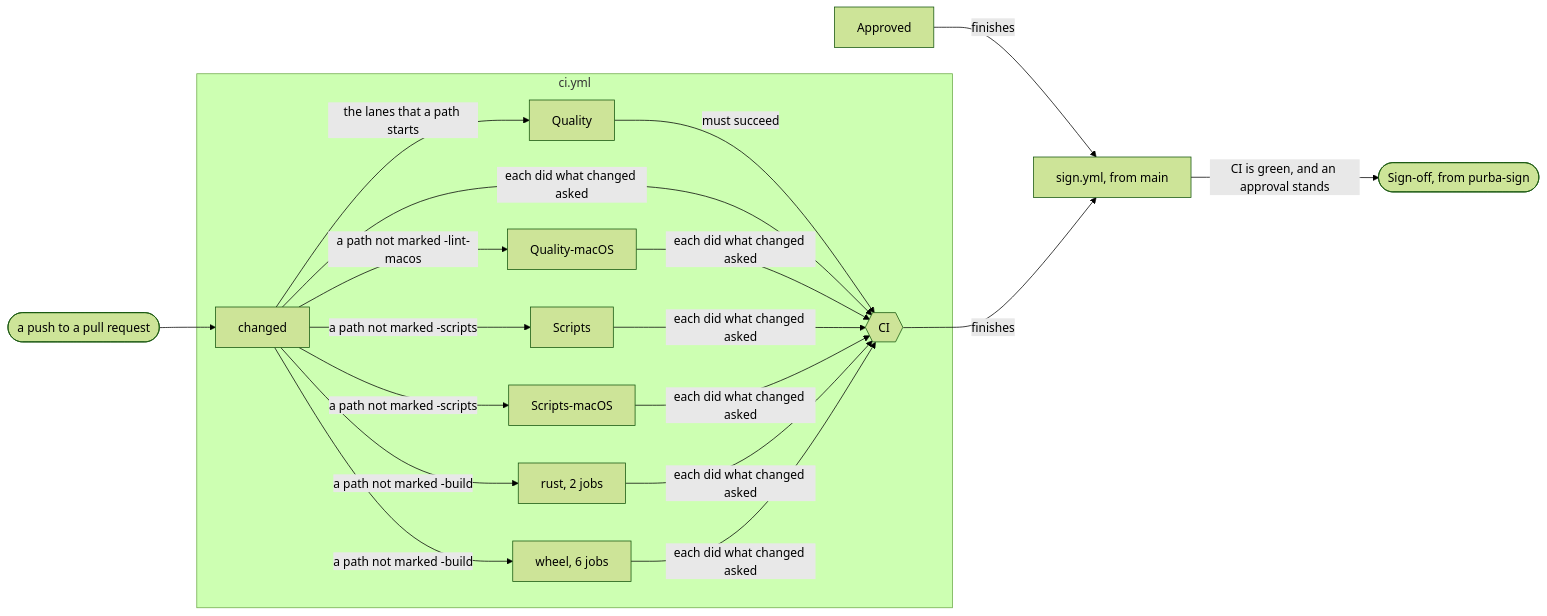
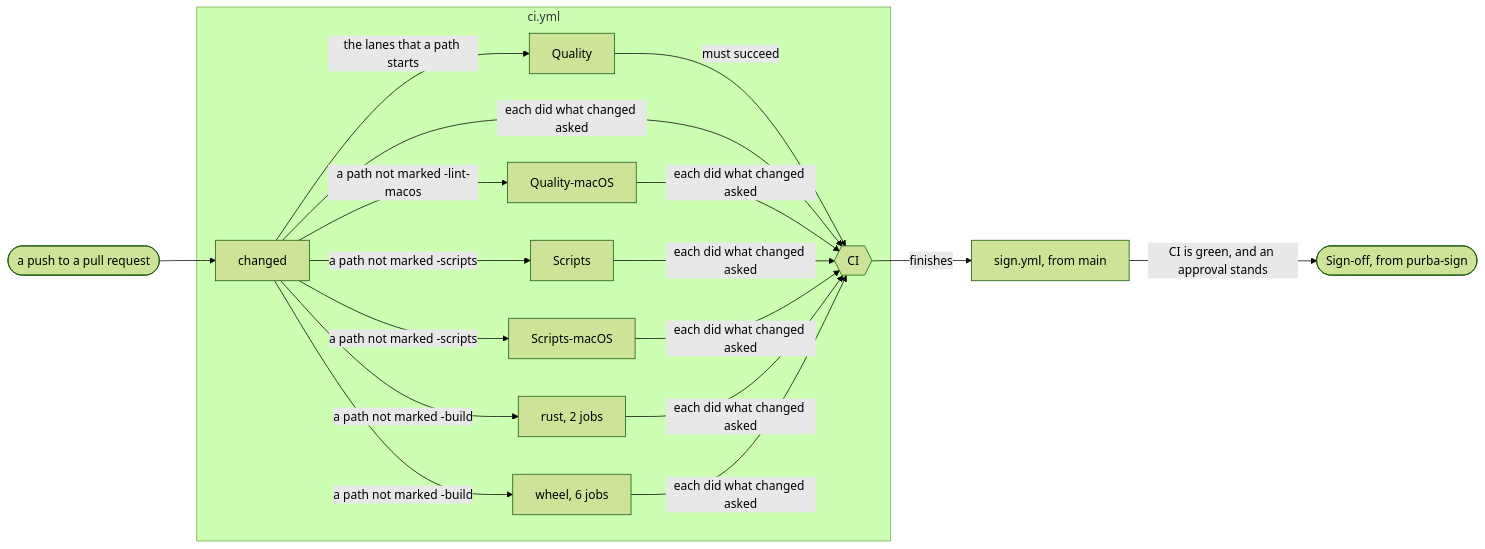
One commit to kalonji-tools/purba changed the diagram in docs/decisions/one-workflow-runs-every-gate-of-a-pull-request.md. Above: the diagram before and after it, drawn with Mermaid (forest theme). The commit also changed other lines of this file and 5 other files, not shown here.

Commit message:
ci: remove the workflow Approved, so only CI starts the sign job (#947)

````diff
--- a/docs/decisions/one-workflow-runs-every-gate-of-a-pull-request.md
+++ b/docs/decisions/one-workflow-runs-every-gate-of-a-pull-request.md
@@ -45,24 +45,23 @@
 ```mermaid
 flowchart LR
   push([a push to a pull request])
   subgraph ciyml["ci.yml"]
     q[Quality]
     qm[Quality-macOS]
     s[Scripts]
     sm[Scripts-macOS]
     ch[changed]
     r["rust, 2 jobs"]
     w["wheel, 6 jobs"]
     gate{{CI}}
   end
   push --> ch
   ch -- "the lanes that a path starts" --> q
   ch -- "a path not marked -lint-macos" --> qm
   ch -- "a path not marked -scripts" --> s & sm
   ch -- "a path not marked -build" --> r & w
   q -- "must succeed" --> gate
   ch & qm & s & sm & r & w -- "each did what changed asked" --> gate
-  ap[Approved] -- "finishes" --> sg[sign.yml, from main]
-  gate -- "finishes" --> sg
+  gate -- "finishes" --> sg[sign.yml, from main]
   sg -- "CI is green, and an approval stands" --> so([Sign-off, from purba-sign])
 ```
````
